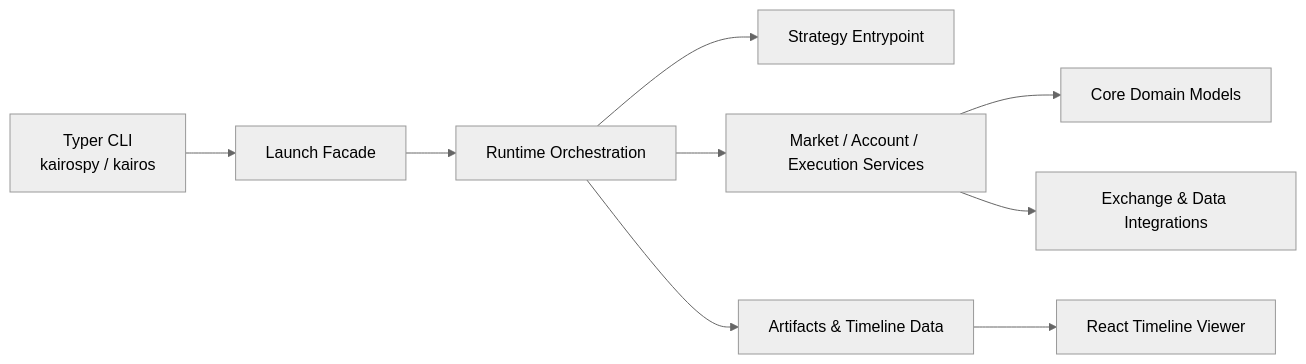
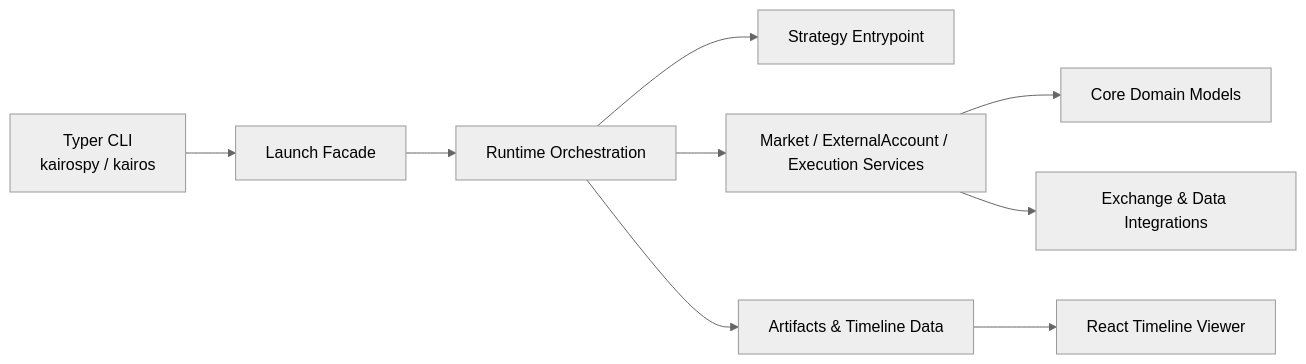
One commit to ChiaoTeo/kairos changed the diagram in README.md. Above: the diagram before and after it, drawn with Mermaid (neutral theme). The commit also changed other lines of this file and 291 other files, not shown here.

````diff
--- a/README.md
+++ b/README.md
@@ -29,11 +29,11 @@
 ```mermaid
 flowchart LR
     CLI["Typer CLI<br/>kairospy / kairos"] --> Launch["Launch Facade"]
     Launch --> Runtime["Runtime Orchestration"]
     Runtime --> Strategy["Strategy Entrypoint"]
-    Runtime --> Services["Market / Account / Execution Services"]
+    Runtime --> Services["Market / ExternalAccount / Execution Services"]
     Services --> Core["Core Domain Models"]
     Services --> Integrations["Exchange & Data Integrations"]
     Runtime --> Artifacts["Artifacts & Timeline Data"]
     Artifacts --> Viewer["React Timeline Viewer"]
 ```
````
